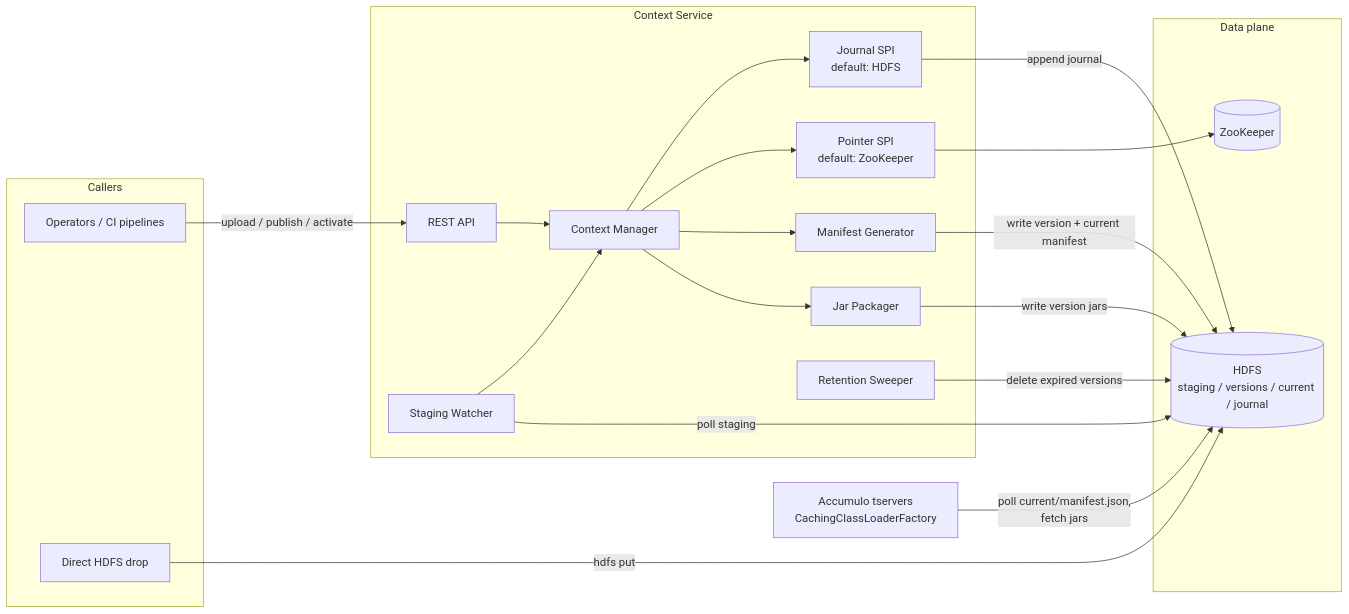
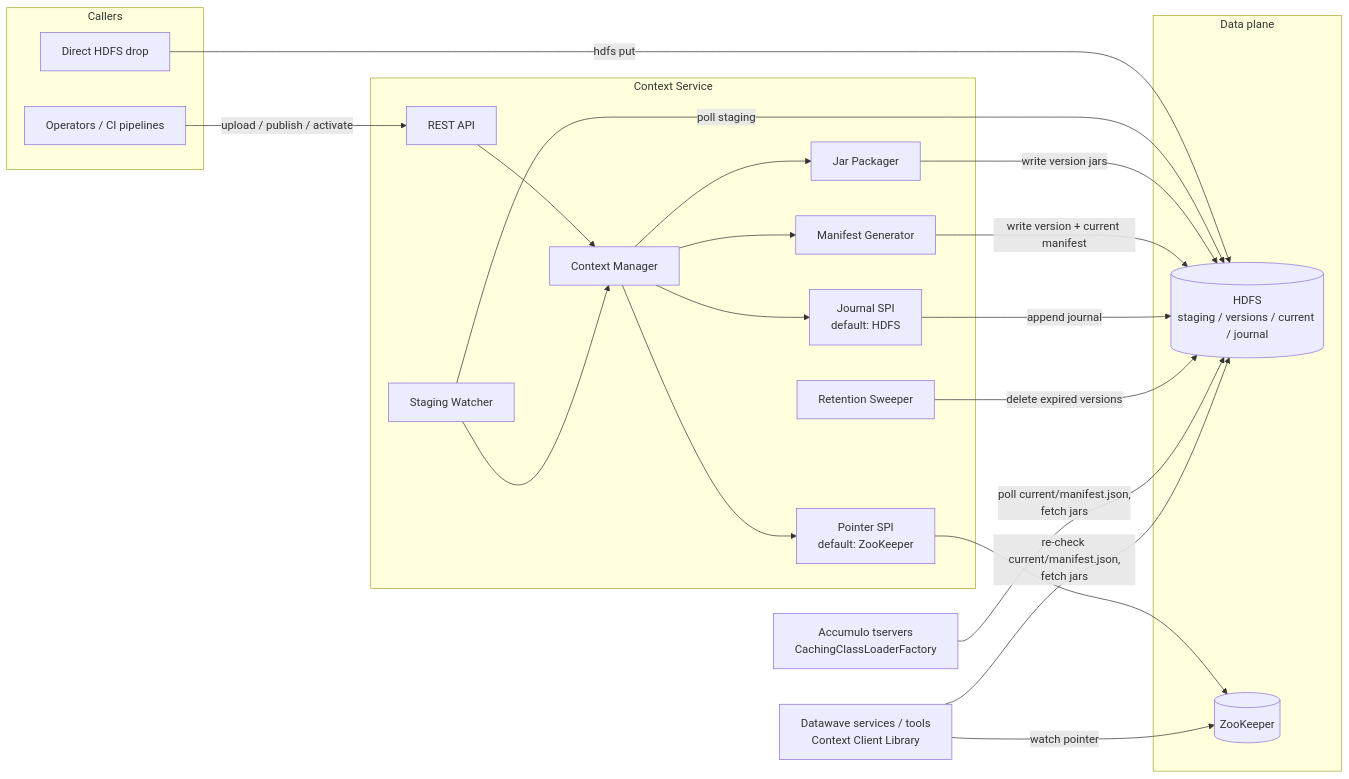
Before and after one commit to NationalSecurityAgency/datawave-file-provider-service: the diagram in docs/high-level-design.md, drawn with Mermaid. The commit also changed other lines of this file, not shown here.

First line of the commit message:
Add client library design: ZK-watch-driven classloader refresh and stream resolution

````diff
--- a/docs/high-level-design.md
+++ b/docs/high-level-design.md
@@ -63,41 +65,44 @@
 ```mermaid
 flowchart LR
     subgraph clients [Callers]
         U[Operators / CI pipelines]
         D[Direct HDFS drop]
     end
 
     subgraph svc [Context Service]
         API[REST API]
         CM[Context Manager]
         FW[Staging Watcher]
         JP[Jar Packager]
         MG[Manifest Generator]
         PTR[Pointer SPI<br/>default: ZooKeeper]
         AUD[Journal SPI<br/>default: HDFS]
         GC[Retention Sweeper]
     end
 
     subgraph storage [Data plane]
         HDFS[(HDFS<br/>staging / versions / current / journal)]
         ZK[(ZooKeeper)]
     end
 
     ACC[Accumulo tservers<br/>CachingClassLoaderFactory]
+    SVCS[Datawave services / tools<br/>Context Client Library]
 
     U -->|upload / publish / activate| API
     D -->|hdfs put| HDFS
     API --> CM
     FW -->|poll staging| HDFS
     FW --> CM
     CM --> JP
     CM --> MG
     CM --> PTR
     CM --> AUD
     JP -->|write version jars| HDFS
     MG -->|write version + current manifest| HDFS
     PTR --> ZK
     AUD -->|append journal| HDFS
     GC -->|delete expired versions| HDFS
     ACC -->|poll current/manifest.json,<br/>fetch jars| HDFS
+    SVCS -->|watch pointer| ZK
+    SVCS -->|re-check current/manifest.json,<br/>fetch jars| HDFS
 ```
````
